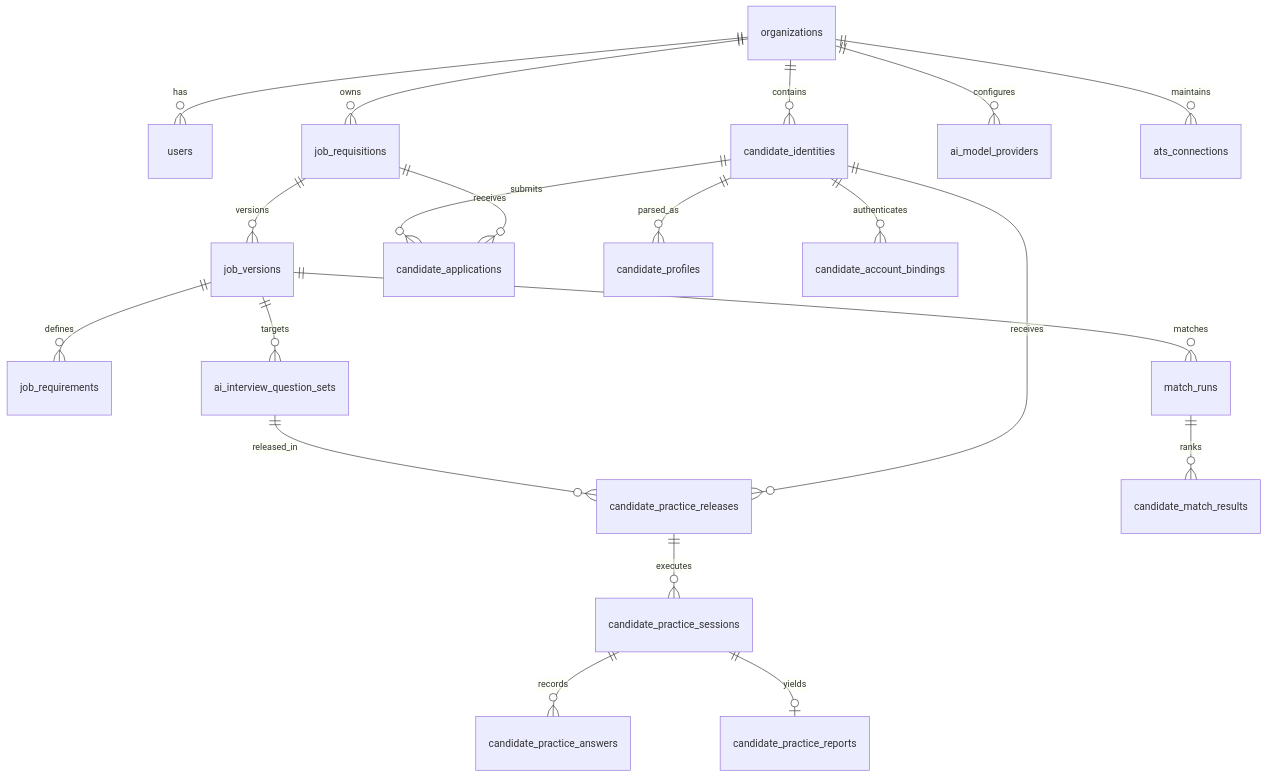
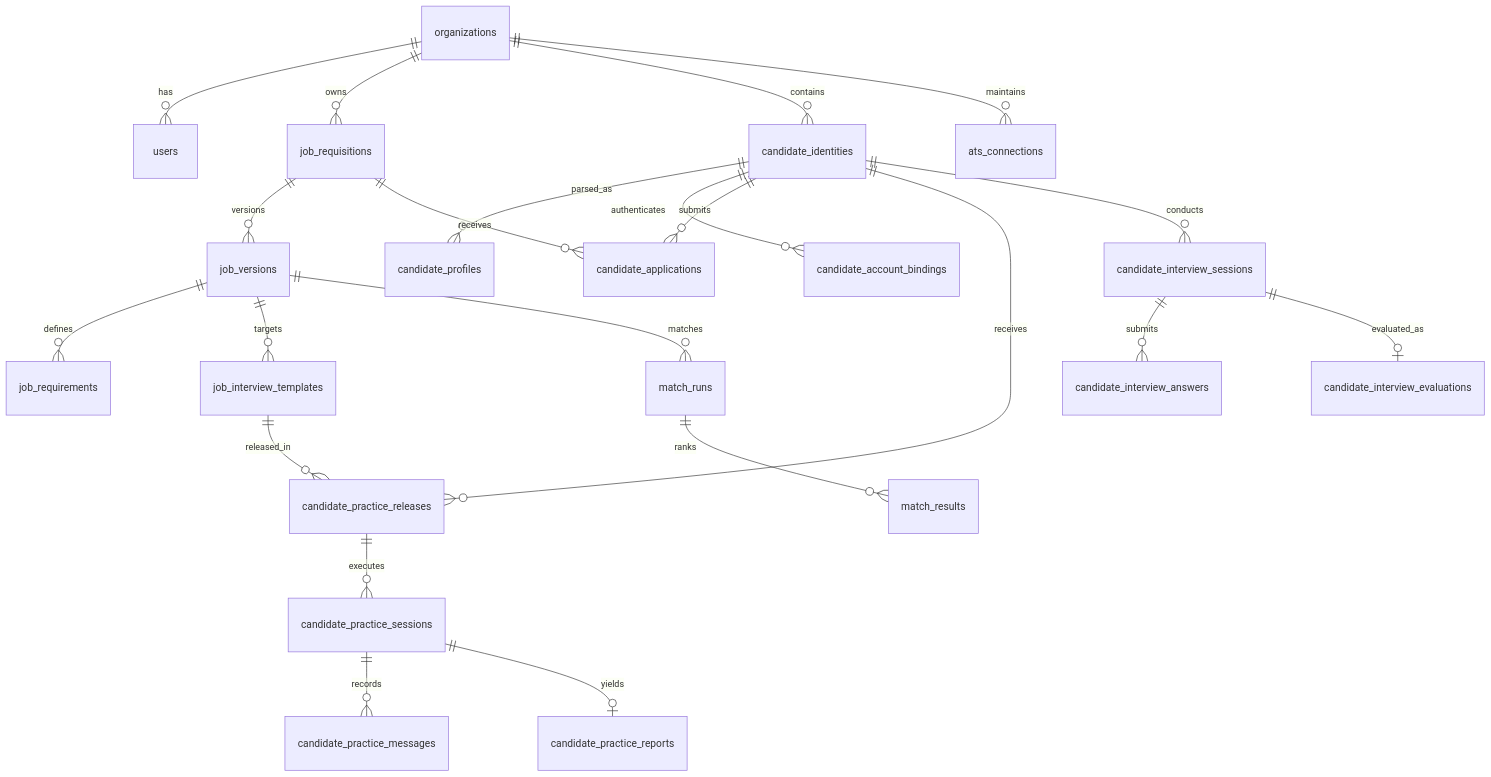
One commit to Heril2912/AI-Hiring changed the first of 2 diagrams in docs/BACKEND_SERVICES_AND_API_REFERENCE.md. Above: the diagram before and after it, drawn with Mermaid. The commit also changed other lines of this file and 23 other files, not shown here.

````diff
--- a/docs/BACKEND_SERVICES_AND_API_REFERENCE.md
+++ b/docs/BACKEND_SERVICES_AND_API_REFERENCE.md
@@ -108,26 +108,29 @@
 ```mermaid
 erDiagram
     organizations ||--o{ users : "has"
     organizations ||--o{ job_requisitions : "owns"
     organizations ||--o{ candidate_identities : "contains"
-    organizations ||--o{ ai_model_providers : "configures"
     organizations ||--o{ ats_connections : "maintains"
 
     job_requisitions ||--o{ job_versions : "versions"
     job_versions ||--o{ job_requirements : "defines"
-    job_versions ||--o{ ai_interview_question_sets : "targets"
+    job_versions ||--o{ job_interview_templates : "targets"
     job_requisitions ||--o{ candidate_applications : "receives"
 
     candidate_identities ||--o{ candidate_profiles : "parsed_as"
     candidate_identities ||--o{ candidate_account_bindings : "authenticates"
     candidate_identities ||--o{ candidate_applications : "submits"
     candidate_identities ||--o{ candidate_practice_releases : "receives"
 
-    ai_interview_question_sets ||--o{ candidate_practice_releases : "released_in"
+    job_interview_templates ||--o{ candidate_practice_releases : "released_in"
     candidate_practice_releases ||--o{ candidate_practice_sessions : "executes"
-    candidate_practice_sessions ||--o{ candidate_practice_answers : "records"
+    candidate_practice_sessions ||--o{ candidate_practice_messages : "records"
     candidate_practice_sessions ||--o| candidate_practice_reports : "yields"
 
+    candidate_identities ||--o{ candidate_interview_sessions : "conducts"
+    candidate_interview_sessions ||--o{ candidate_interview_answers : "submits"
+    candidate_interview_sessions ||--o| candidate_interview_evaluations : "evaluated_as"
+
     job_versions ||--o{ match_runs : "matches"
-    match_runs ||--o{ candidate_match_results : "ranks"
+    match_runs ||--o{ match_results : "ranks"
 ```
````
